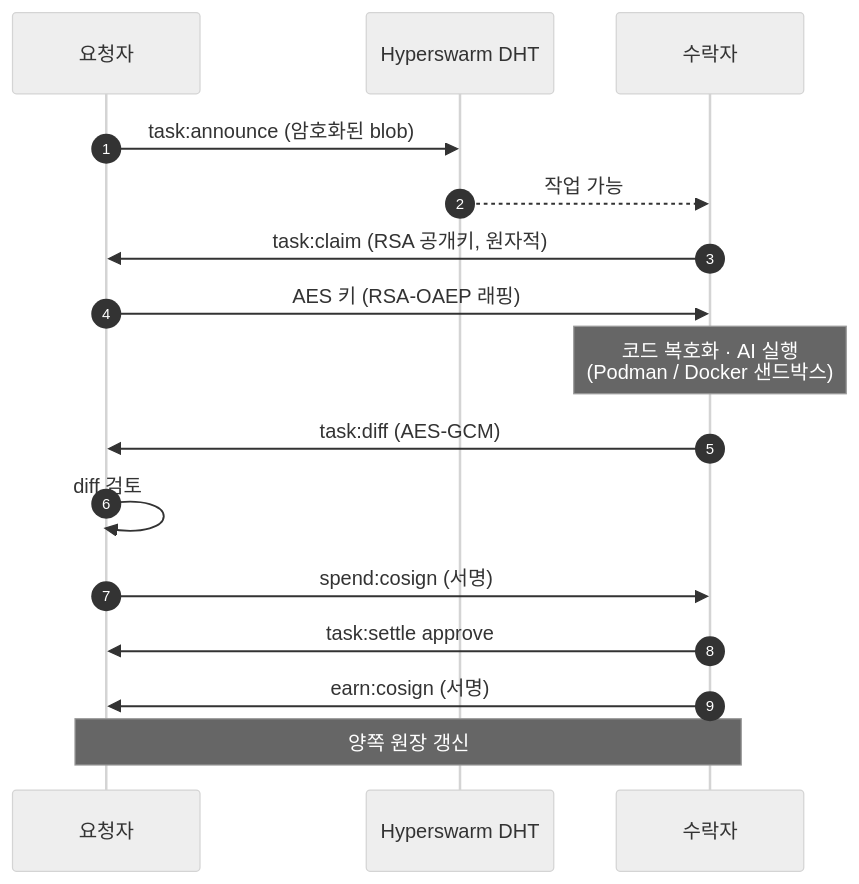
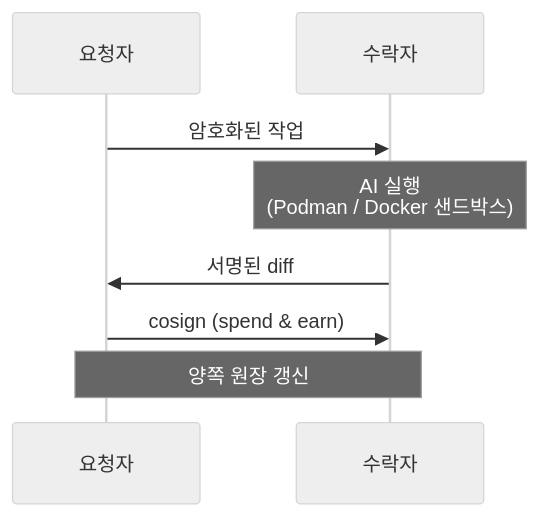
One commit to Doheon/agent-share changed the diagram in README.ko.md. Above: the diagram before and after it, drawn with Mermaid (neutral theme). The commit also changed other lines of this file and 2 other files, not shown here.

First line of the commit message:
docs: focus README on TUI as primary entry, simplify mermaid

````diff
--- a/README.ko.md
+++ b/README.ko.md
@@ -146,19 +126,10 @@
 ```mermaid
 sequenceDiagram
-    autonumber
     participant R as 요청자
-    participant DHT as Hyperswarm DHT
     participant A as 수락자
-
-    R->>DHT: task:announce (암호화된 blob)
-    DHT-->>A: 작업 가능
-    A->>R: task:claim (RSA 공개키, 원자적)
-    R->>A: AES 키 (RSA-OAEP 래핑)
-    Note over A: 코드 복호화 · AI 실행<br/>(Podman / Docker 샌드박스)
-    A->>R: task:diff (AES-GCM)
-    R->>R: diff 검토
-    R->>A: spend:cosign (서명)
-    A->>R: task:settle approve
-    A->>R: earn:cosign (서명)
+    R->>A: 암호화된 작업
+    Note over A: AI 실행<br/>(Podman / Docker 샌드박스)
+    A->>R: 서명된 diff
+    R->>A: cosign (spend & earn)
     Note over R,A: 양쪽 원장 갱신
 ```
````
